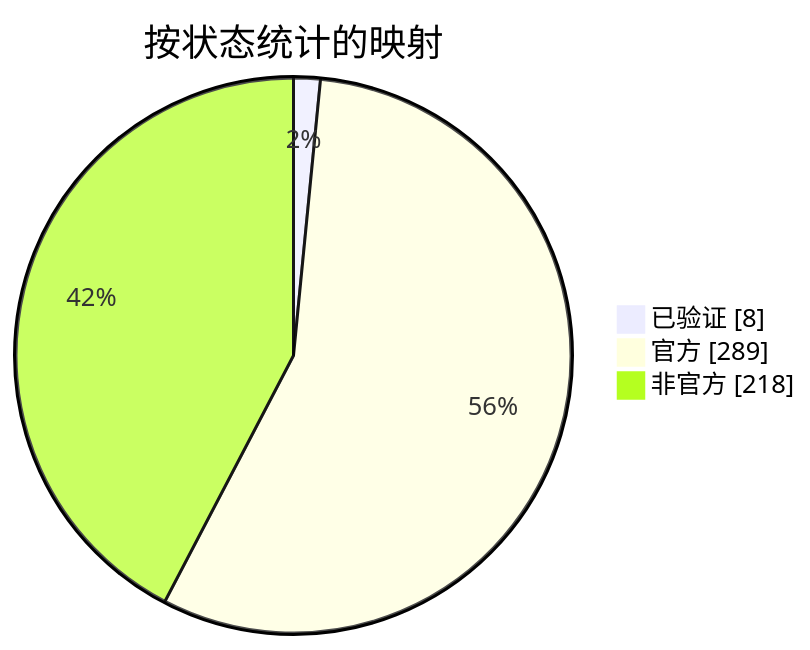
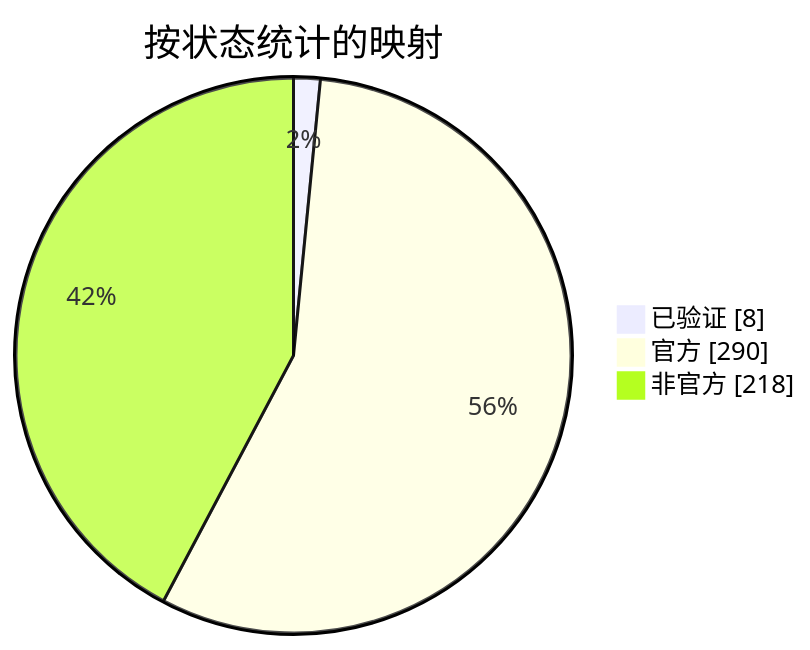
The diagram in docs/readme/README_ZHS.md (nobrega8/mbmap-library), drawn with Mermaid before and after one commit. The commit also changed 5 other files, not shown here.

````diff
--- a/docs/readme/README_ZHS.md
+++ b/docs/readme/README_ZHS.md
@@ -54,7 +54,7 @@
 ```mermaid
 pie showData
     title 按状态统计的映射
     "已验证" : 8
-    "官方" : 289
+    "官方" : 290
     "非官方" : 218
 ```
````
